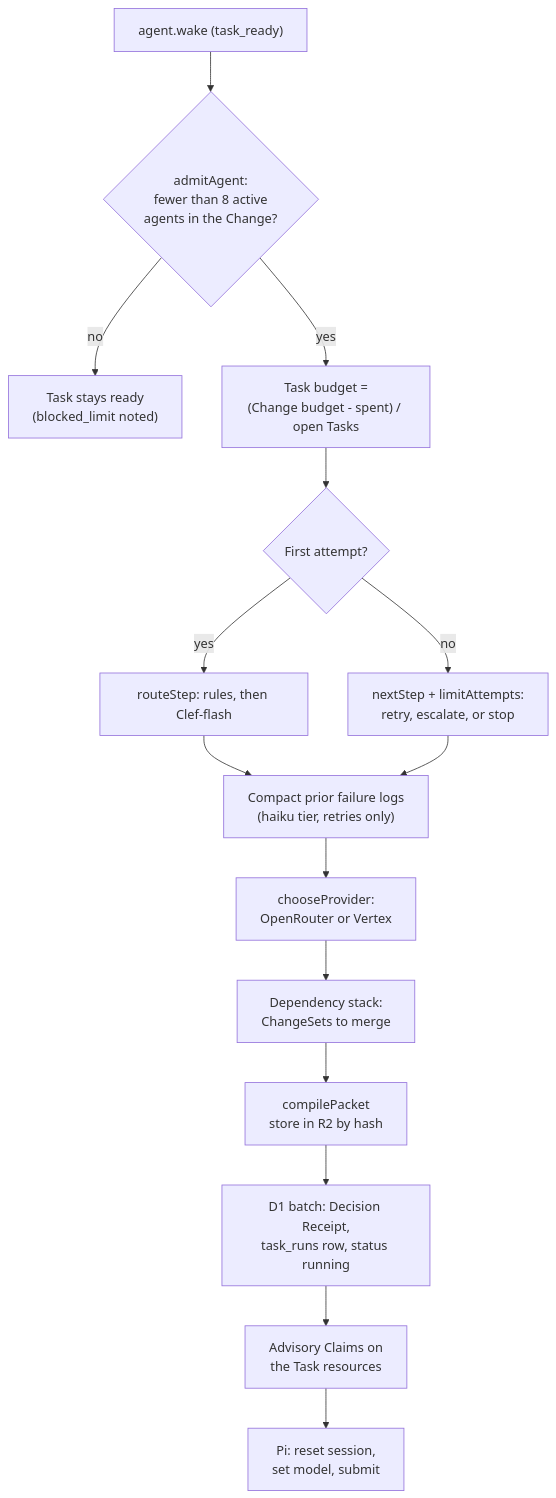
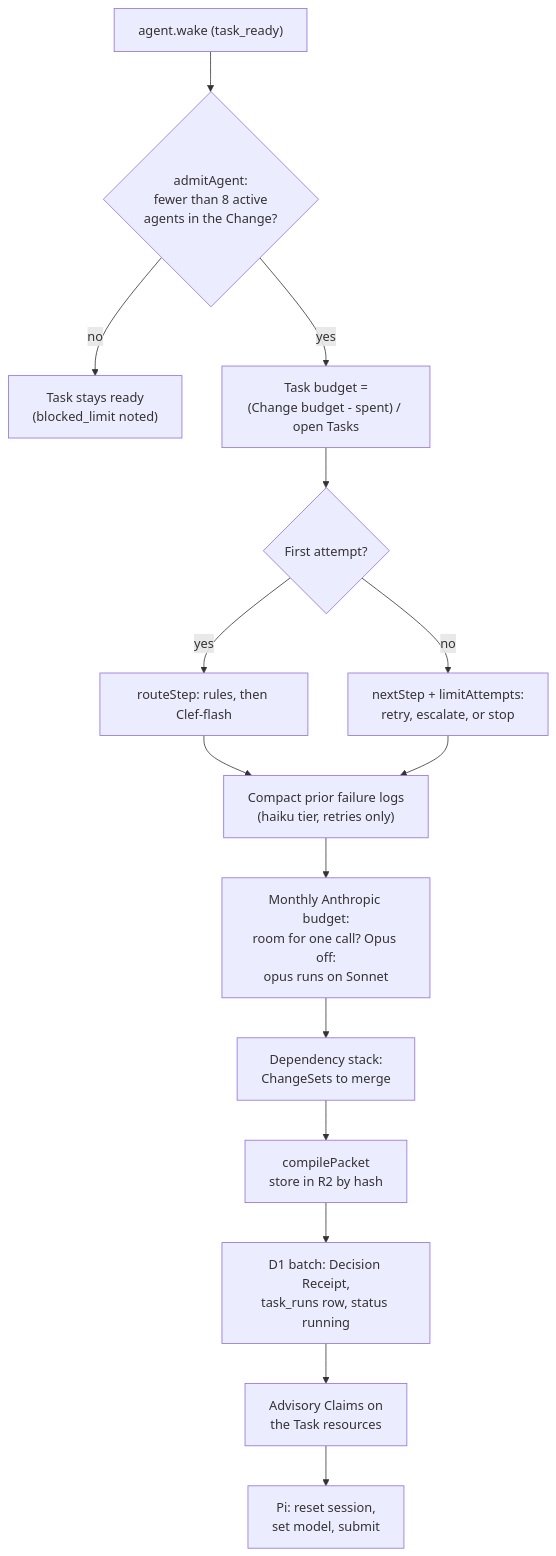
The first of 7 diagrams in docs/architecture/agents-and-models.md (nsudhanva/rhumbatron), drawn with Mermaid before and after one commit. The commit also changed other lines of this file and 8 other files, not shown here.

Commit message:
docs(docs): add adr 0021 for anthropic as the model provider and update cost docs

````diff
--- a/docs/architecture/agents-and-models.md
+++ b/docs/architecture/agents-and-models.md
@@ -32,17 +32,17 @@
 ```mermaid
 flowchart TB
   W["agent.wake (task_ready)"] --> AD{"admitAgent:<br/>fewer than 8 active<br/>agents in the Change?"}
   AD -->|"no"| DEF["Task stays ready<br/>(blocked_limit noted)"]
   AD -->|"yes"| BUD["Task budget =<br/>(Change budget - spent) / open Tasks"]
   BUD --> RT{"First attempt?"}
   RT -->|"yes"| ROUTE["routeStep: rules, then Clef-flash"]
   RT -->|"no"| ESC["nextStep + limitAttempts:<br/>retry, escalate, or stop"]
   ROUTE --> CMP["Compact prior failure logs<br/>(haiku tier, retries only)"]
   ESC --> CMP
-  CMP --> PROV["chooseProvider:<br/>OpenRouter or Vertex"]
+  CMP --> PROV["Monthly Anthropic budget:<br/>room for one call? Opus off:<br/>opus runs on Sonnet"]
   PROV --> STACK["Dependency stack:<br/>ChangeSets to merge"]
   STACK --> PKT["compilePacket<br/>store in R2 by hash"]
   PKT --> REC["D1 batch: Decision Receipt,<br/>task_runs row, status running"]
   REC --> CLM["Advisory Claims on<br/>the Task resources"]
   CLM --> PI["Pi: reset session,<br/>set model, submit"]
 ```
````
